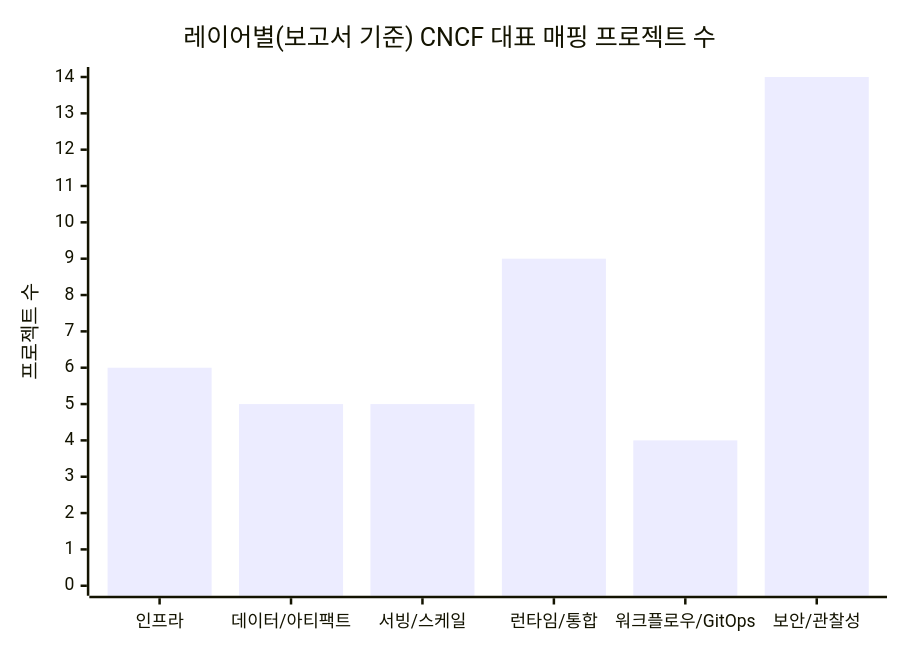
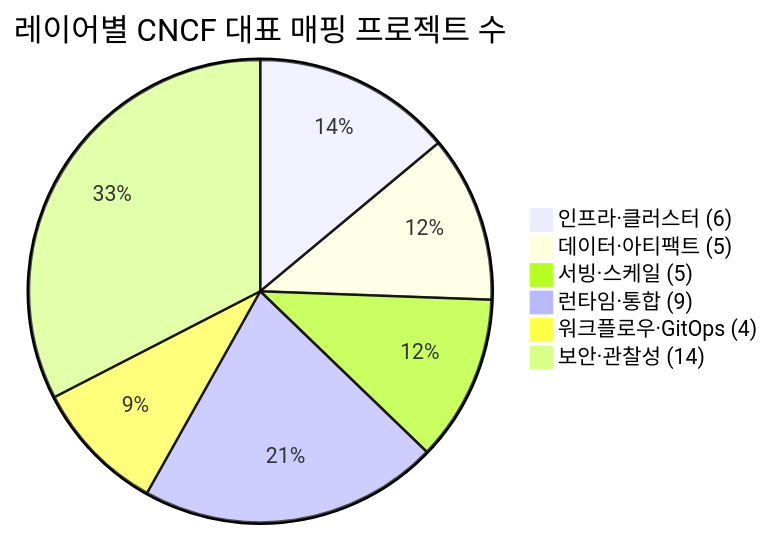
Before and after one commit to greenday86/bestarchi: the second of 2 diagrams in deep-research-report.md, drawn with Mermaid. The commit also changed other lines of this file, not shown here.

First line of the commit message:
docs: deep-research-report 가독성 개선 및 AI 아티팩트 제거

````diff
--- a/deep-research-report.md
+++ b/deep-research-report.md
@@ -242,7 +240,9 @@
 ```mermaid
-xychart-beta
-  title "레이어별(보고서 기준) CNCF 대표 매핑 프로젝트 수"
-  x-axis ["인프라","데이터/아티팩트","서빙/스케일","런타임/통합","워크플로우/GitOps","보안/관찰성"]
-  y-axis "프로젝트 수" 0 --> 14
-  bar [6, 5, 5, 9, 4, 14]
+pie title 레이어별 CNCF 대표 매핑 프로젝트 수
+ "인프라·클러스터 (6)" : 6
+ "데이터·아티팩트 (5)" : 5
+ "서빙·스케일 (5)" : 5
+ "런타임·통합 (9)" : 9
+ "워크플로우·GitOps (4)" : 4
+ "보안·관찰성 (14)" : 14
 ```
````
